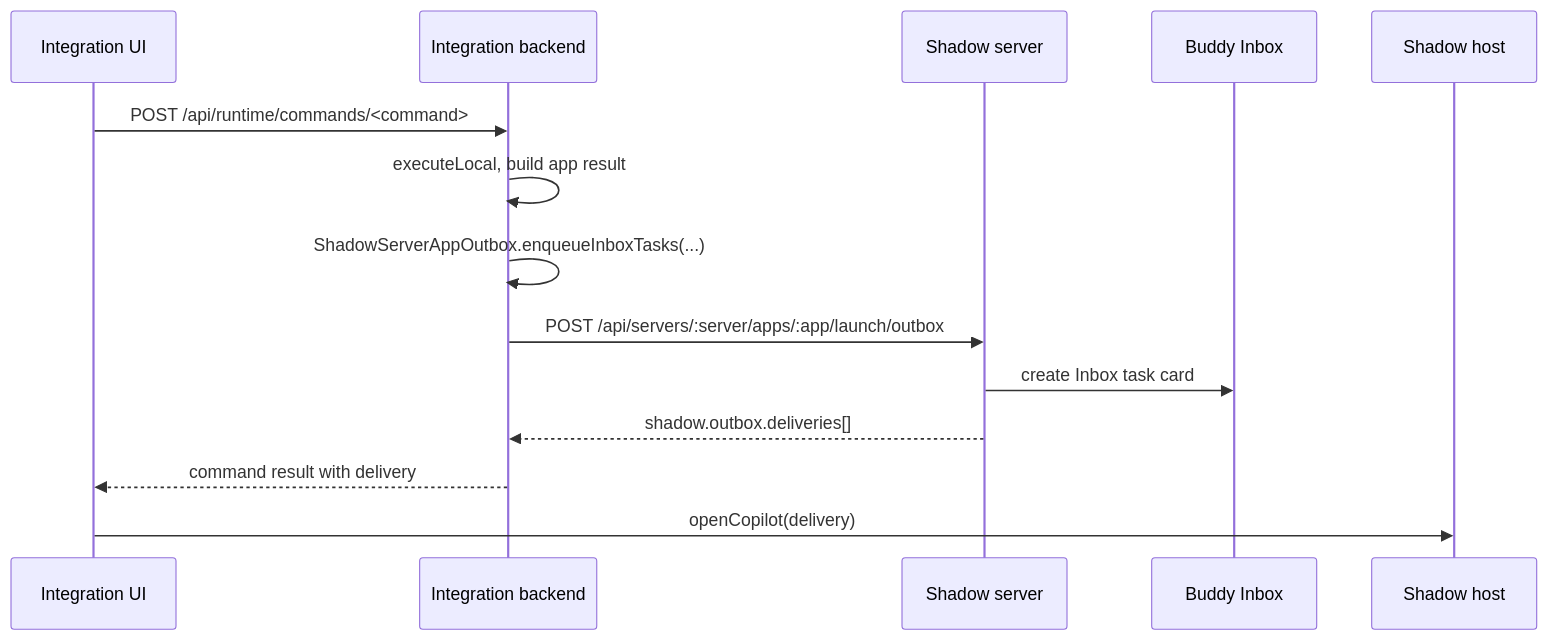
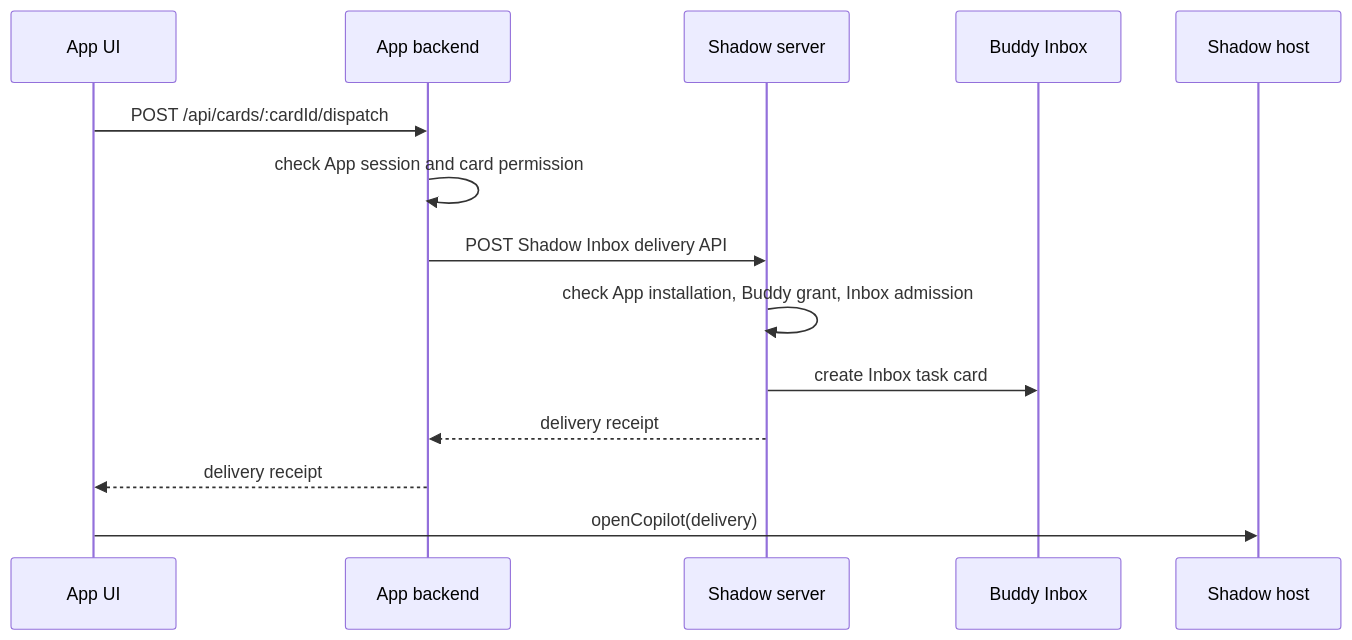
Before and after one commit to buggyblues/shadow: the diagram in docs/development/server-app-buddy-task-dispatch-best-practices.zh-CN.md, drawn with Mermaid. The commit also changed other lines of this file and 193 other files, not shown here.

Commit message:
fix: streamline server app gateway and identity media

````diff
--- a/docs/development/server-app-buddy-task-dispatch-best-practices.zh-CN.md
+++ b/docs/development/server-app-buddy-task-dispatch-best-practices.zh-CN.md
@@ -13,17 +13,17 @@
 ```mermaid
 sequenceDiagram
-  participant UI as Integration UI
-  participant App as Integration backend
+  participant UI as App UI
+  participant App as App backend
   participant Shadow as Shadow server
   participant Buddy as Buddy Inbox
   participant Host as Shadow host
 
-  UI->>App: POST /api/runtime/commands/<command>
-  App->>App: executeLocal, build app result
-  App->>App: ShadowServerAppOutbox.enqueueInboxTasks(...)
-  App->>Shadow: POST /api/servers/:server/apps/:app/launch/outbox
+  UI->>App: POST /api/cards/:cardId/dispatch
+  App->>App: check App session and card permission
+  App->>Shadow: POST Shadow Inbox delivery API
+  Shadow->>Shadow: check App installation, Buddy grant, Inbox admission
   Shadow->>Buddy: create Inbox task card
-  Shadow-->>App: shadow.outbox.deliveries[]
-  App-->>UI: command result with delivery
+  Shadow-->>App: delivery receipt
+  App-->>UI: delivery receipt
   UI->>Host: openCopilot(delivery)
 ```
````
